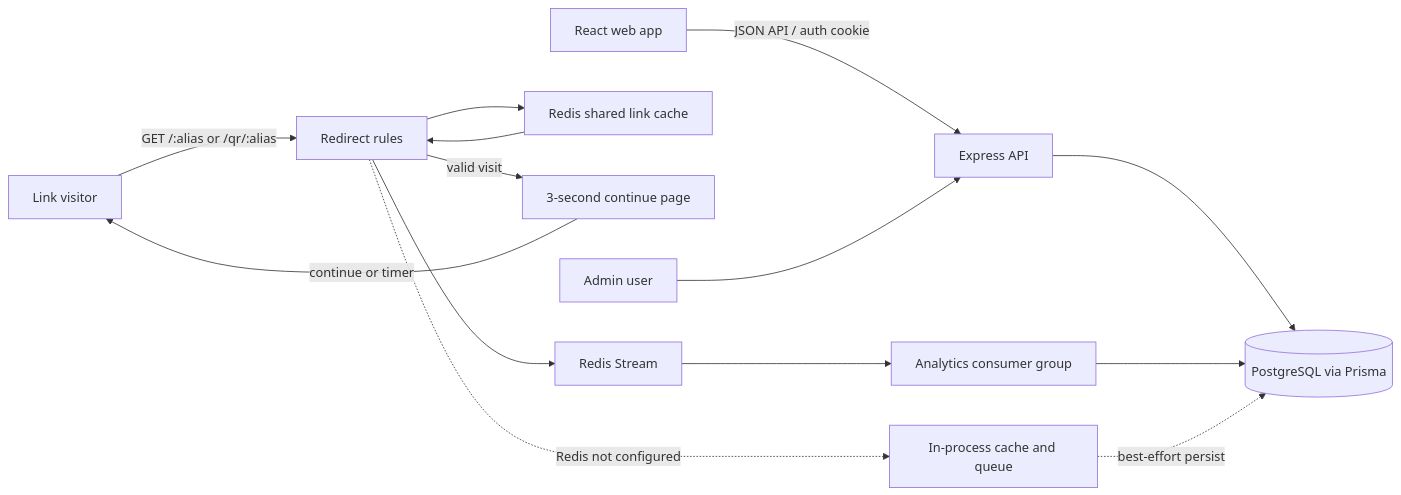
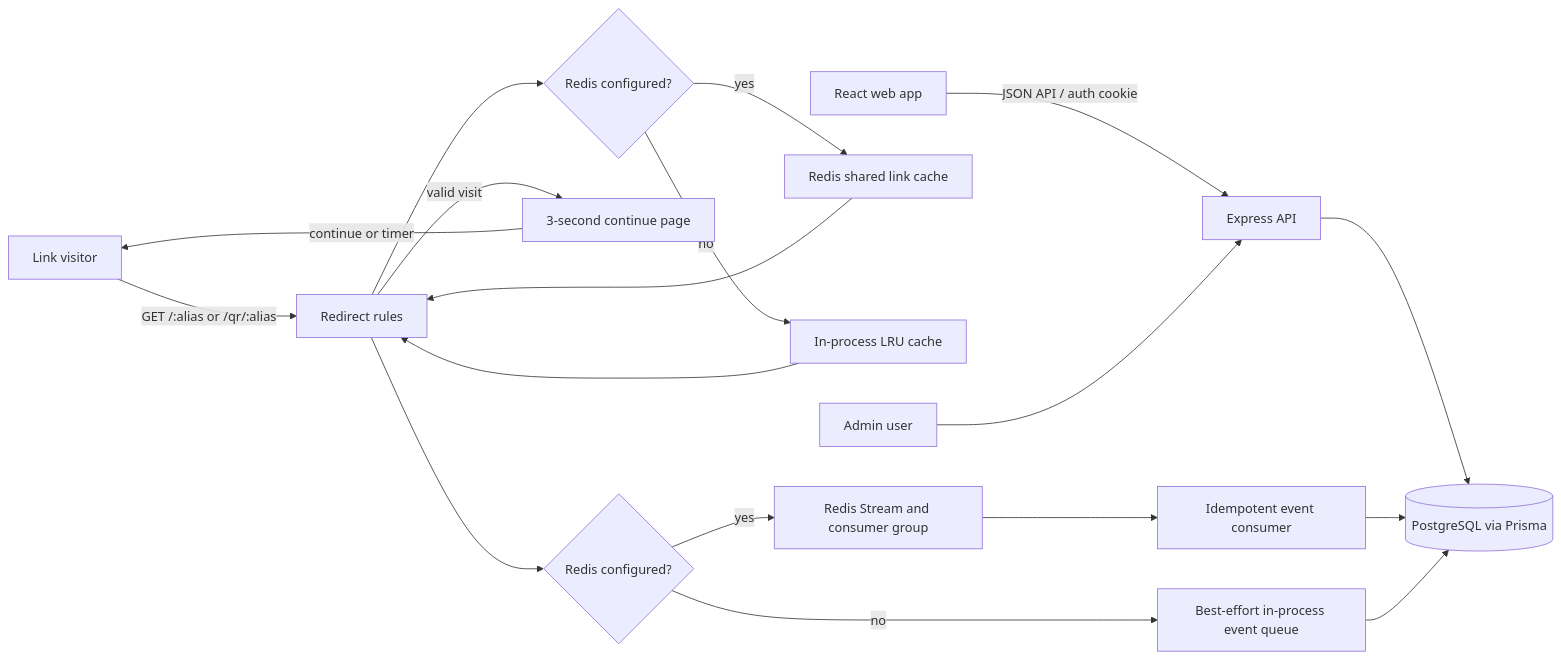
Before and after one commit to priyanshubishtme/pulse: the diagram in README.md, drawn with Mermaid. The commit also changed other lines of this file and 51 other files, not shown here.

````diff
--- a/README.md
+++ b/README.md
@@ -34,16 +104,20 @@
 ```mermaid
 flowchart LR
     Browser[React web app] -->|JSON API / auth cookie| API[Express API]
     Visitor[Link visitor] -->|GET /:alias or /qr/:alias| Redirect[Redirect rules]
     API --> DB[(PostgreSQL via Prisma)]
-    Redirect --> Cache[Redis shared link cache]
-    Cache --> Redirect
+    Redirect --> Cache{Redis configured?}
+    Cache -->|yes| RedisCache[Redis shared link cache]
+    RedisCache --> Redirect
+    Cache -->|no| LocalCache[In-process LRU cache]
+    LocalCache --> Redirect
     Redirect -->|valid visit| Interstitial[3-second continue page]
     Interstitial -->|continue or timer| Visitor
-    Redirect --> Stream[Redis Stream]
-    Stream --> Worker[Analytics consumer group]
+    Redirect --> Queue{Redis configured?}
+    Queue -->|yes| Stream[Redis Stream and consumer group]
+    Stream --> Worker[Idempotent event consumer]
     Worker --> DB
-    Redirect -. Redis not configured .-> Local[In-process cache and queue]
-    Local -. best-effort persist .-> DB
+    Queue -->|no| Local[Best-effort in-process event queue]
+    Local --> DB
     Admin[Admin user] --> API
 ```
````
